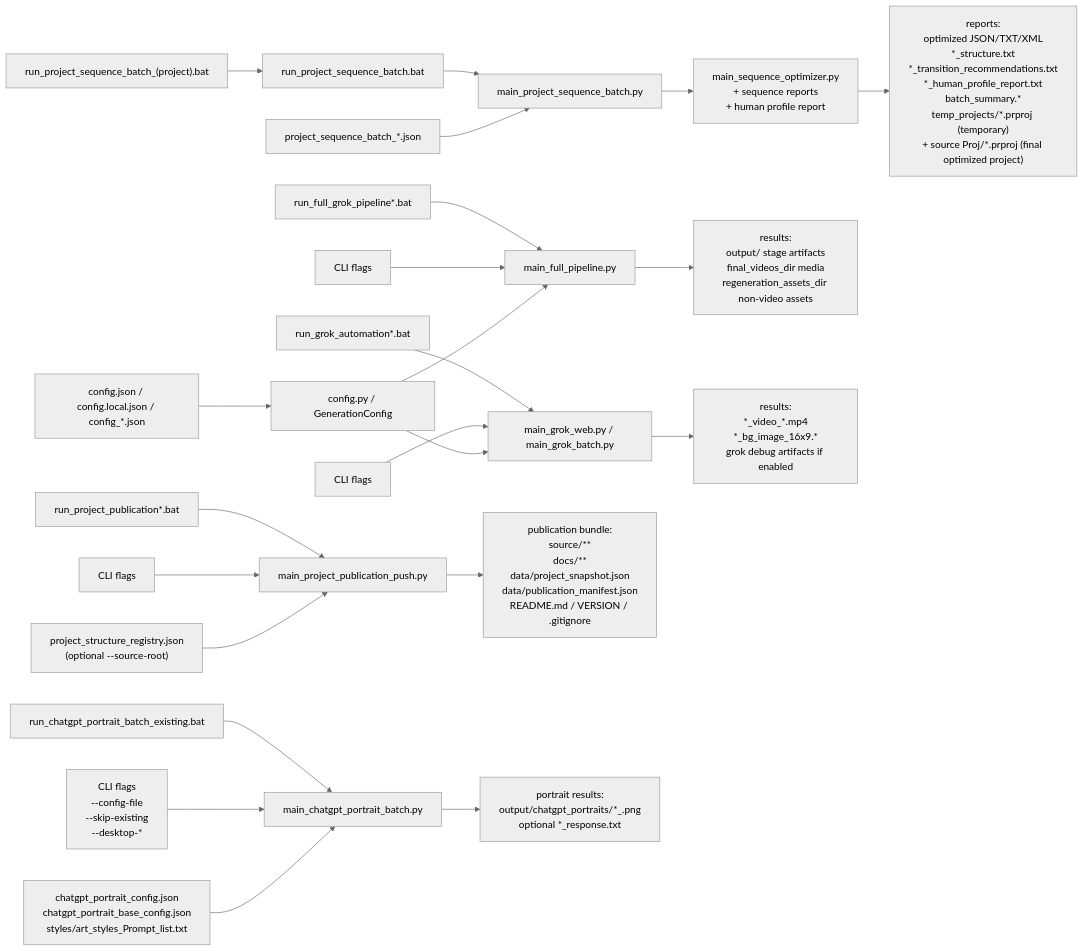
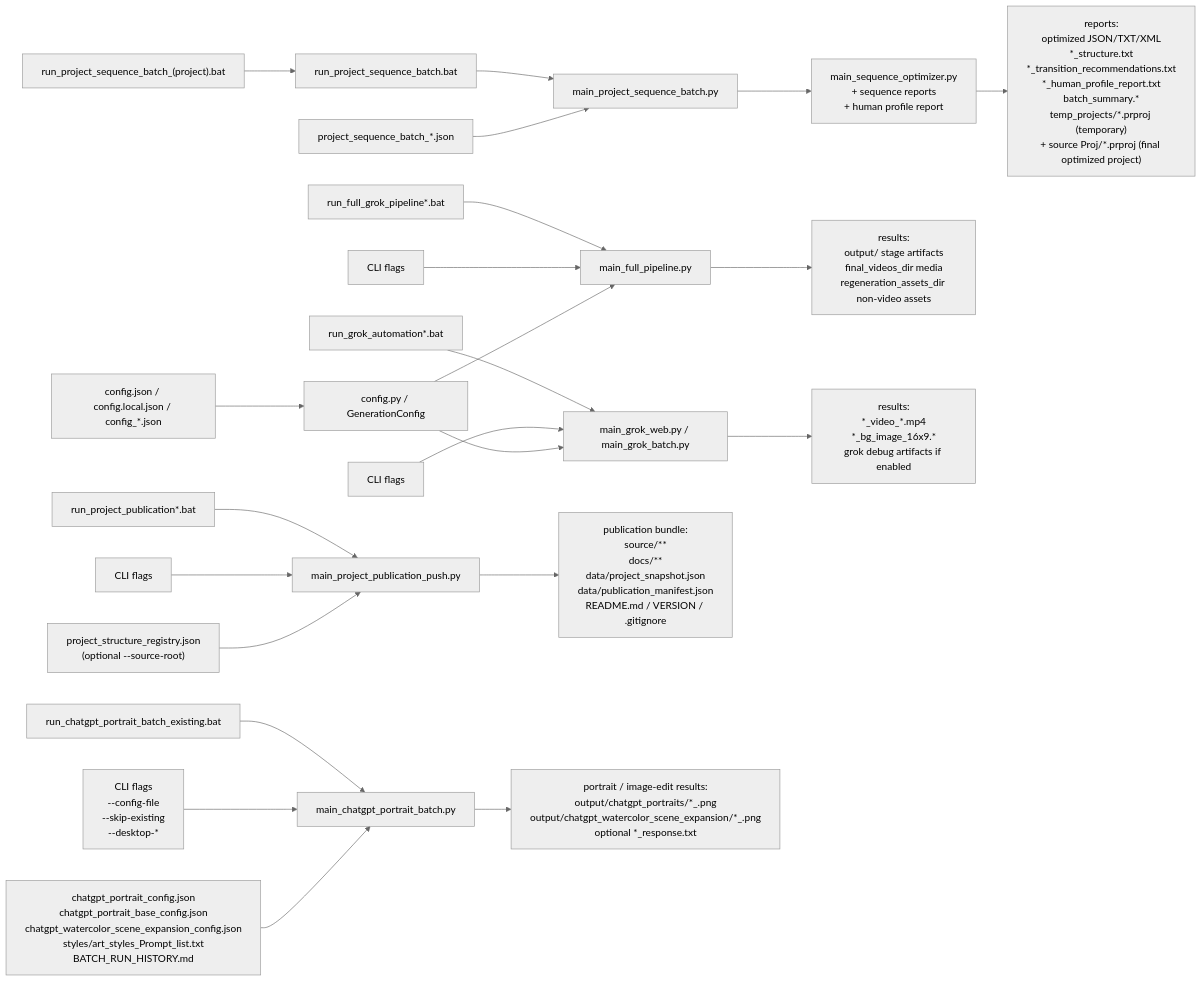
Before and after one commit to sergey-frd/Memory-to-Video_Agent: the diagram in PROJECT_STRUCTURE.md, drawn with Mermaid (neutral theme). The commit also changed other lines of this file and 19 other files, not shown here.

Commit message:
Add ChatGPT portrait batch safety and configs

````diff
--- a/PROJECT_STRUCTURE.md
+++ b/PROJECT_STRUCTURE.md
@@ -108,29 +110,29 @@
 ```mermaid
 flowchart LR
   B1["run_full_grok_pipeline*.bat"] --> P1["main_full_pipeline.py"]
   B2["run_grok_automation*.bat"] --> P2["main_grok_web.py / main_grok_batch.py"]
   B3A["run_project_sequence_batch_(project).bat"] --> B3["run_project_sequence_batch.bat"]
   B3 --> P3["main_project_sequence_batch.py"]
   B4["run_project_publication*.bat"] --> P4["main_project_publication_push.py"]
   B5["run_chatgpt_portrait_batch_existing.bat"] --> P6["main_chatgpt_portrait_batch.py"]
 
   A1["CLI flags"] --> P1
   A2["CLI flags"] --> P2
   A5["CLI flags\n--config-file\n--skip-existing\n--desktop-*"] --> P6
   C1["config.json / config.local.json / config_*.json"] --> G1["config.py / GenerationConfig"]
   G1 --> P1
   G1 --> P2
-  C5["chatgpt_portrait_config.json\nchatgpt_portrait_base_config.json\nstyles/art_styles_Prompt_list.txt"] --> P6
+  C5["chatgpt_portrait_config.json\nchatgpt_portrait_base_config.json\nchatgpt_watercolor_scene_expansion_config.json\nstyles/art_styles_Prompt_list.txt\nBATCH_RUN_HISTORY.md"] --> P6
 
   C3["project_sequence_batch_*.json"] --> P3
   P3 --> P5["main_sequence_optimizer.py\n+ sequence reports\n+ human profile report"]
 
   A4["CLI flags"] --> P4
   R1["project_structure_registry.json\n(optional --source-root)"] --> P4
 
   P1 --> O1["results:\noutput/ stage artifacts\nfinal_videos_dir media\nregeneration_assets_dir non-video assets"]
   P2 --> O2["results:\n*_video_*.mp4\n*_bg_image_16x9.*\ngrok debug artifacts if enabled"]
   P5 --> O3["reports:\noptimized JSON/TXT/XML\n*_structure.txt\n*_transition_recommendations.txt\n*_human_profile_report.txt\nbatch_summary.*\ntemp_projects/*.prproj (temporary)\n+ source Proj/*.prproj (final optimized project)"]
   P4 --> O4["publication bundle:\nsource/**\ndocs/**\ndata/project_snapshot.json\ndata/publication_manifest.json\nREADME.md / VERSION / .gitignore"]
-  P6 --> O5["portrait results:\noutput/chatgpt_portraits/*_<style_slug>.png\noptional *_response.txt"]
+  P6 --> O5["portrait / image-edit results:\noutput/chatgpt_portraits/*_<style_slug>.png\noutput/chatgpt_watercolor_scene_expansion/*_<style_slug>.png\noptional *_response.txt"]
 ```
````
